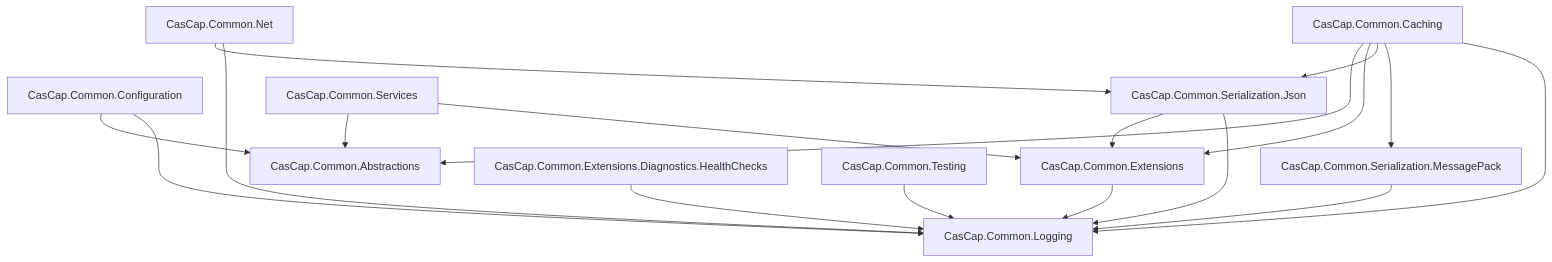
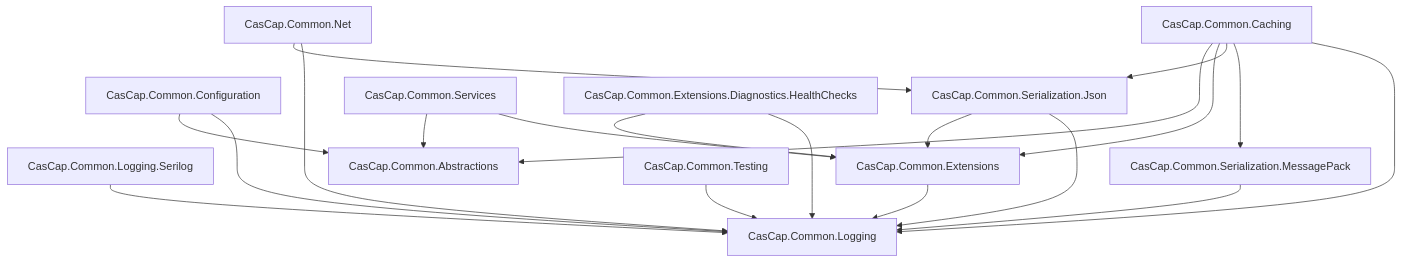
Before and after one commit to f2calv/CasCap.Common: the first of 2 diagrams in README.md, drawn with Mermaid. The commit also changed other lines of this file and 2 other files, not shown here.

````diff
--- a/README.md
+++ b/README.md
@@ -73,32 +77,35 @@
 ```mermaid
 graph TD
     Logging[CasCap.Common.Logging]
+    LoggingSerilog[CasCap.Common.Logging.Serilog]
     Abstractions[CasCap.Common.Abstractions]
     Extensions[CasCap.Common.Extensions]
     Configuration[CasCap.Common.Configuration]
     SerJson[CasCap.Common.Serialization.Json]
     SerMsgPack[CasCap.Common.Serialization.MessagePack]
     Net[CasCap.Common.Net]
     Caching[CasCap.Common.Caching]
     Services[CasCap.Common.Services]
     HealthChecks[CasCap.Common.Extensions.Diagnostics.HealthChecks]
     Testing[CasCap.Common.Testing]
 
     Extensions --> Logging
+    LoggingSerilog --> Logging
     Configuration --> Abstractions
     Configuration --> Logging
     SerJson --> Extensions
     SerJson --> Logging
     SerMsgPack --> Logging
     Net --> SerJson
     Net --> Logging
+    HealthChecks --> Extensions
     HealthChecks --> Logging
     Testing --> Logging
     Services --> Abstractions
     Services --> Extensions
     Caching --> Abstractions
     Caching --> Extensions
     Caching --> SerJson
     Caching --> SerMsgPack
     Caching --> Logging
 ```
````
